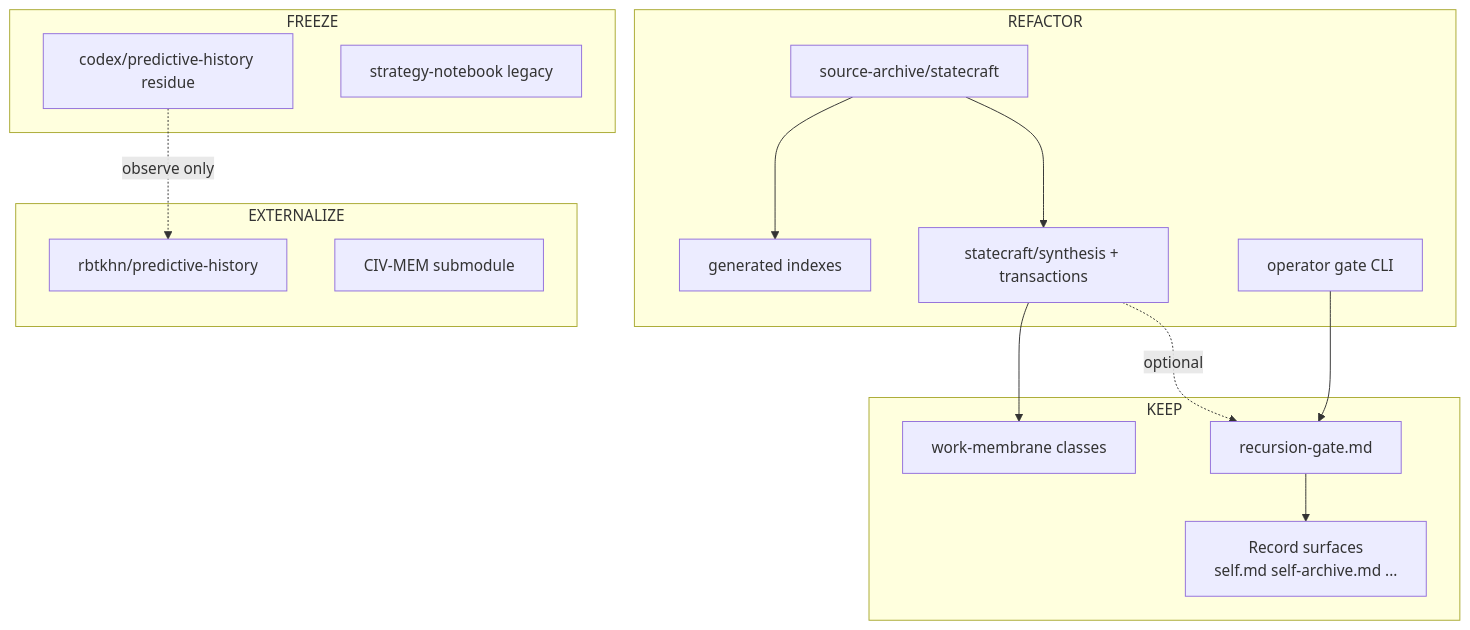
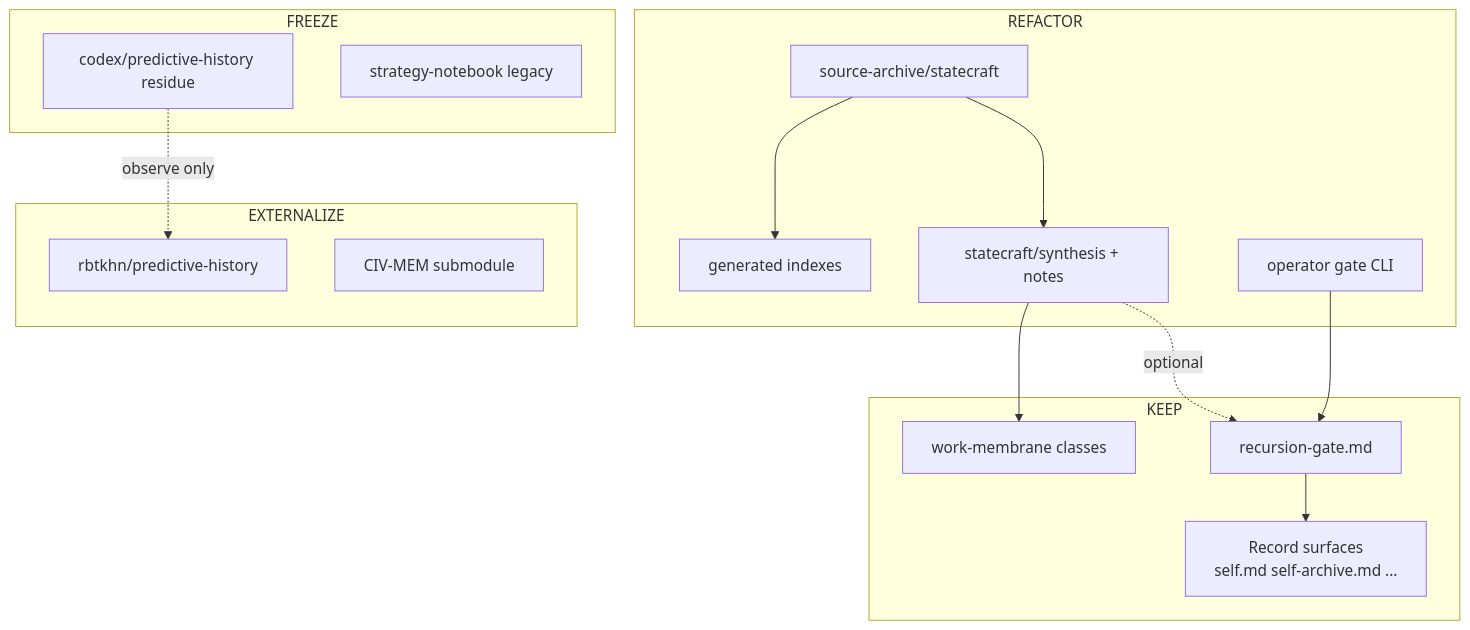
One commit to rbtkhn/strategy-codex changed the diagram in docs/strategy-codex-redesign-brief.md. Above: the diagram before and after it, drawn with Mermaid. The commit also changed other lines of this file and 14 other files, not shown here.

Commit message:
docs: retire transactions as default ceiling (notes and essays)

````diff
--- a/docs/strategy-codex-redesign-brief.md
+++ b/docs/strategy-codex-redesign-brief.md
@@ -182,33 +185,33 @@
 ```mermaid
 flowchart TB
   subgraph keep [KEEP]
     R[Record surfaces<br/>self.md self-archive.md ...]
     G[recursion-gate.md]
     M[work-membrane classes]
   end
 
   subgraph refactor [REFACTOR]
     A[source-archive/statecraft]
-    S[statecraft/synthesis + transactions]
+    S[statecraft/synthesis + notes]
     I[generated indexes]
     CLI[operator gate CLI]
   end
 
   subgraph freeze [FREEZE]
     PH[codex/predictive-history residue]
     NB[strategy-notebook legacy]
   end
 
   subgraph external [EXTERNALIZE]
     PHCIV[rbtkhn/predictive-history]
     CIVMEM[CIV-MEM submodule]
   end
 
   A --> I
   A --> S
   S --> M
   S -.optional.-> G
   G --> R
   PH -.observe only.-> PHCIV
   CLI --> G
 ```
````
